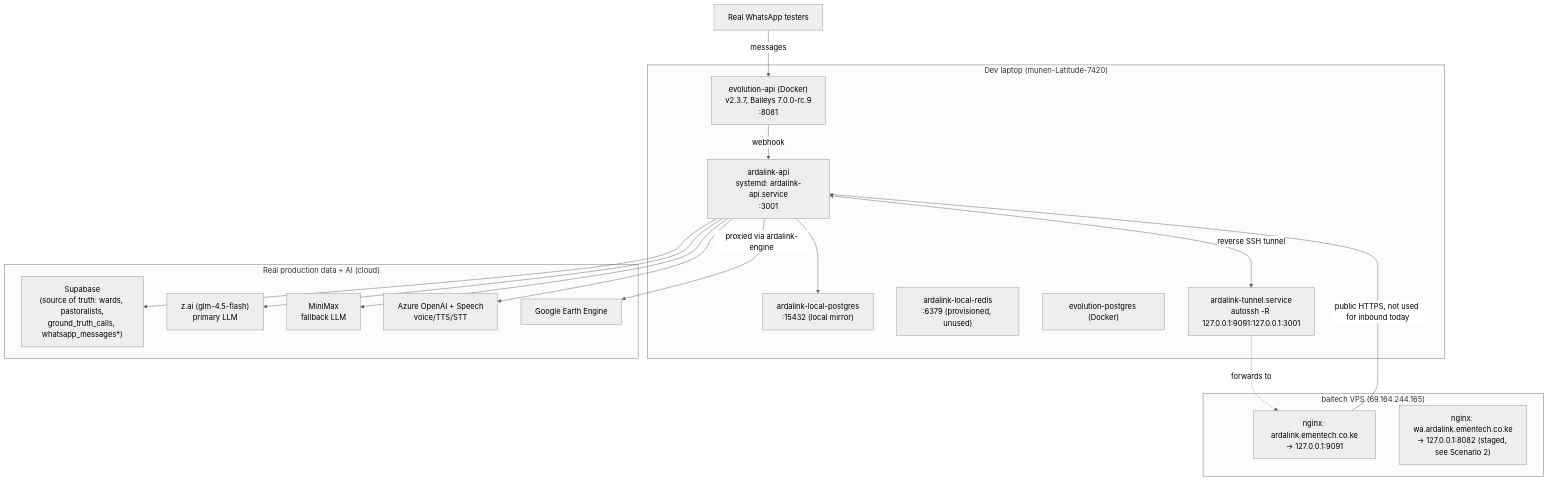
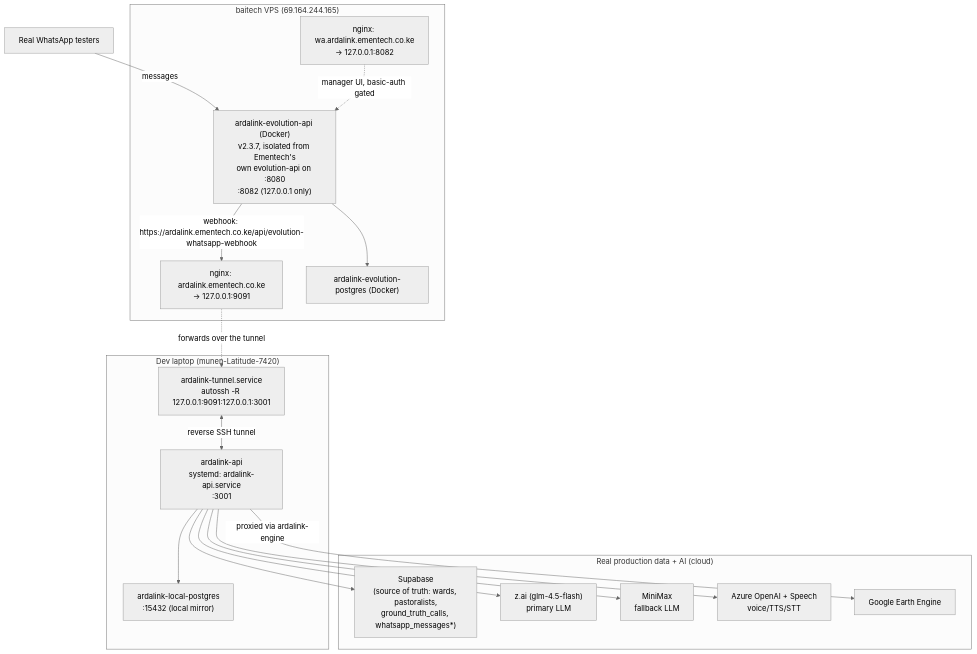
One commit to JHUB-AFRICA/arda-link-ai changed the diagram in Arda-link-AI-Docs/deployment.md. Above: the diagram before and after it, drawn with Mermaid (neutral theme). The commit also changed other lines of this file and 1 other file, not shown here.

First line of the commit message:
docs: correct deployment.md — VPS Evolution is live, not staged

````diff
--- a/Arda-link-AI-Docs/deployment.md
+++ b/Arda-link-AI-Docs/deployment.md
@@ -34,36 +44,36 @@
 ```mermaid
 flowchart TB
     subgraph Laptop ["Dev laptop (munen-Latitude-7420)"]
         API["ardalink-api\nsystemd: ardalink-api.service\n:3001"]
         LocalPG["ardalink-local-postgres\n:15432 (local mirror)"]
-        LocalRedis["ardalink-local-redis\n:6379 (provisioned, unused)"]
-        Evo["evolution-api (Docker)\nv2.3.7, Baileys 7.0.0-rc.9\n:8081"]
-        EvoPG["evolution-postgres (Docker)"]
         Tunnel["ardalink-tunnel.service\nautossh -R 127.0.0.1:9091:127.0.0.1:3001"]
     end
 
     subgraph VPS ["baitech VPS (69.164.244.165)"]
         Nginx1["nginx: ardalink.ementech.co.ke\n-> 127.0.0.1:9091"]
-        Nginx2["nginx: wa.ardalink.ementech.co.ke\n-> 127.0.0.1:8082 (staged, see Scenario 2)"]
+        Nginx2["nginx: wa.ardalink.ementech.co.ke\n-> 127.0.0.1:8082"]
+        Evo["ardalink-evolution-api (Docker)\nv2.3.7, isolated from Ementech's\nown evolution-api on :8080\n:8082 (127.0.0.1 only)"]
+        EvoPG["ardalink-evolution-postgres (Docker)"]
     end
 
     subgraph Cloud ["Real production data + AI (cloud)"]
         Supabase["Supabase\n(source of truth: wards, pastoralists,\nground_truth_calls, whatsapp_messages*)"]
         ZAI["z.ai (glm-4.5-flash)\nprimary LLM"]
         Minimax["MiniMax\nfallback LLM"]
         Azure["Azure OpenAI + Speech\nvoice/TTS/STT"]
         GEE["Google Earth Engine"]
     end
 
     WhatsAppUser["Real WhatsApp testers"] -->|messages| Evo
-    Evo -->|webhook| API
-    API <-->|reverse SSH tunnel| Tunnel
-    Tunnel -.->|forwards to| Nginx1
-    Nginx1 -->|public HTTPS, not used for inbound today| API
+    Evo --> EvoPG
+    Evo -->|webhook: https://ardalink.ementech.co.ke/api/evolution-whatsapp-webhook| Nginx1
+    Nginx1 -.->|forwards over the tunnel| Tunnel
+    Tunnel <-->|reverse SSH tunnel| API
+    Nginx2 -.->|manager UI, basic-auth gated| Evo
     API --> LocalPG
     API --> Supabase
     API --> ZAI
     API --> Minimax
     API --> Azure
     API -->|proxied via ardalink-engine| GEE
 ```
````
